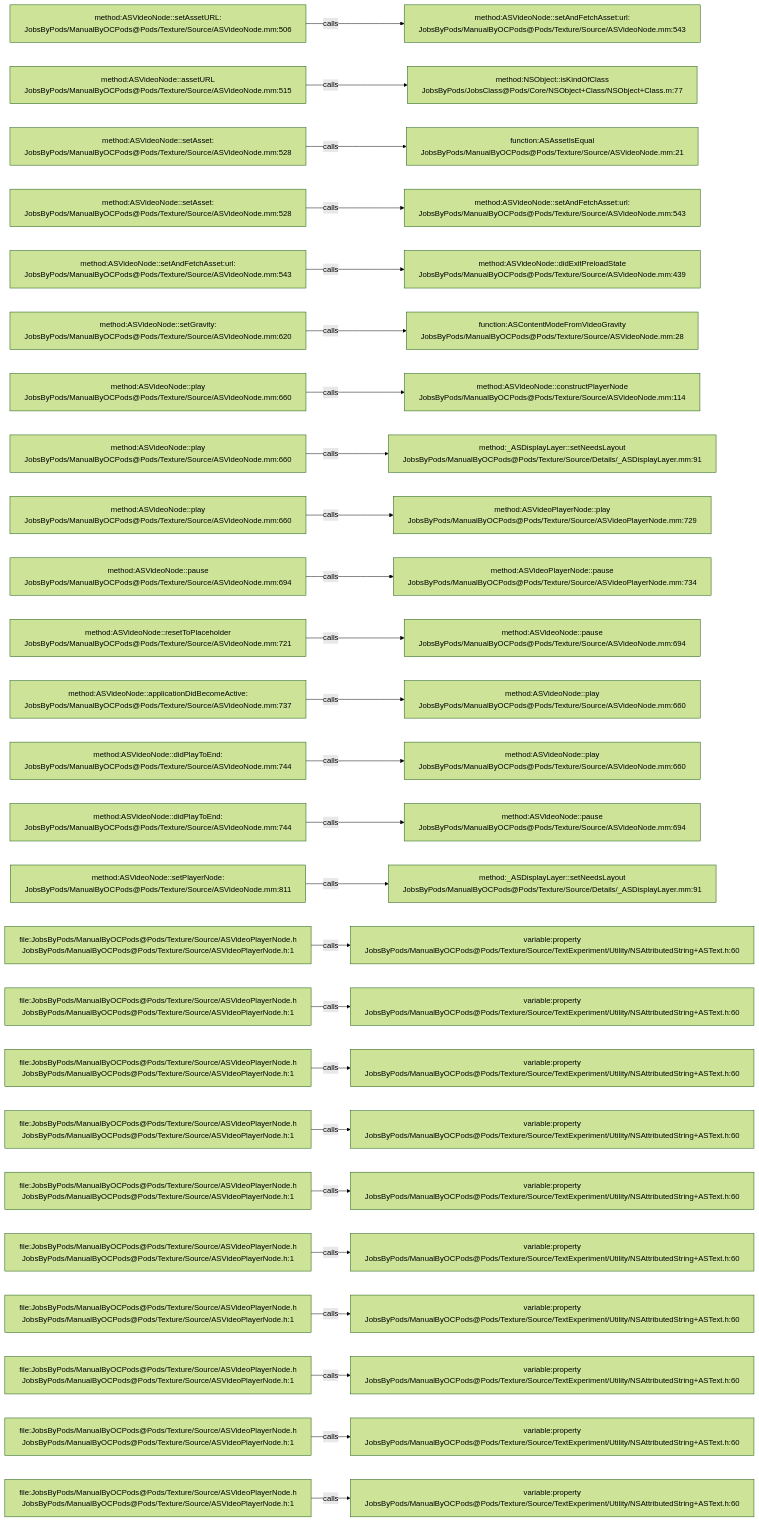
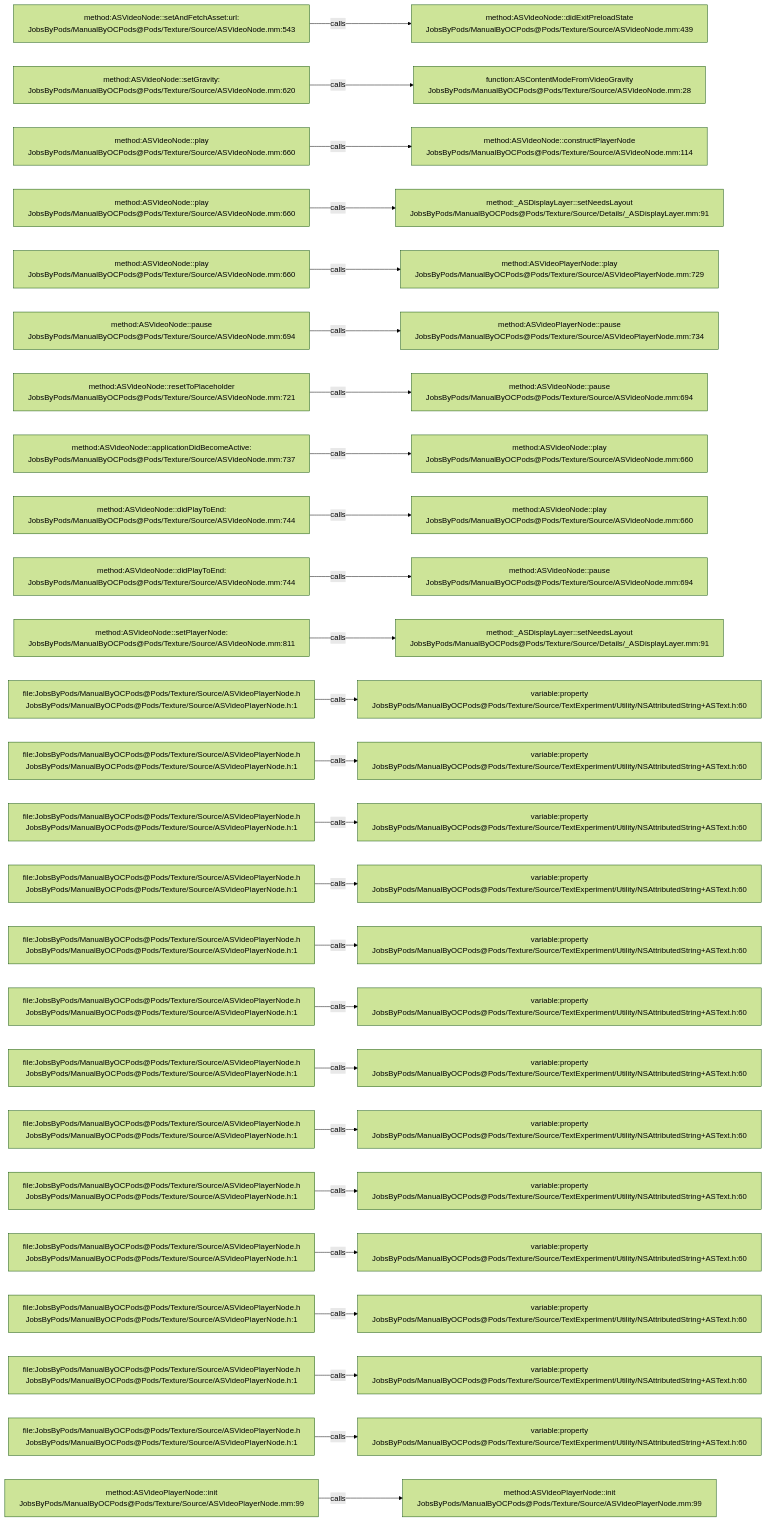
Before and after one commit to JobsKits/JobsOCBaseConfigDemo: the diagram in .codegraph/codegraph.md/graphs/calls-142.md, drawn with Mermaid (forest theme). The commit also changed 727 other files, not shown here.

````diff
--- a/.codegraph/codegraph.md/graphs/calls-142.md
+++ b/.codegraph/codegraph.md/graphs/calls-142.md
@@ -13,78 +13,78 @@
 ```mermaid
 flowchart LR
-  S1["method:ASVideoNode::setAssetURL:<br/>JobsByPods/ManualByOCPods@Pods/Texture/Source/ASVideoNode.mm:506"]
-  T1["method:ASVideoNode::setAndFetchAsset:url:<br/>JobsByPods/ManualByOCPods@Pods/Texture/Source/ASVideoNode.mm:543"]
+  S1["method:ASVideoNode::setAndFetchAsset:url:<br/>JobsByPods/ManualByOCPods@Pods/Texture/Source/ASVideoNode.mm:543"]
+  T1["method:ASVideoNode::didExitPreloadState<br/>JobsByPods/ManualByOCPods@Pods/Texture/Source/ASVideoNode.mm:439"]
   S1 -->|calls| T1
-  S2["method:ASVideoNode::assetURL<br/>JobsByPods/ManualByOCPods@Pods/Texture/Source/ASVideoNode.mm:515"]
-  T2["method:NSObject::isKindOfClass<br/>JobsByPods/JobsClass@Pods/Core/NSObject+Class/NSObject+Class.m:77"]
+  S2["method:ASVideoNode::setGravity:<br/>JobsByPods/ManualByOCPods@Pods/Texture/Source/ASVideoNode.mm:620"]
+  T2["function:ASContentModeFromVideoGravity<br/>JobsByPods/ManualByOCPods@Pods/Texture/Source/ASVideoNode.mm:28"]
   S2 -->|calls| T2
-  S3["method:ASVideoNode::setAsset:<br/>JobsByPods/ManualByOCPods@Pods/Texture/Source/ASVideoNode.mm:528"]
-  T3["function:ASAssetIsEqual<br/>JobsByPods/ManualByOCPods@Pods/Texture/Source/ASVideoNode.mm:21"]
+  S3["method:ASVideoNode::play<br/>JobsByPods/ManualByOCPods@Pods/Texture/Source/ASVideoNode.mm:660"]
+  T3["method:ASVideoNode::constructPlayerNode<br/>JobsByPods/ManualByOCPods@Pods/Texture/Source/ASVideoNode.mm:114"]
   S3 -->|calls| T3
-  S4["method:ASVideoNode::setAsset:<br/>JobsByPods/ManualByOCPods@Pods/Texture/Source/ASVideoNode.mm:528"]
-  T4["method:ASVideoNode::setAndFetchAsset:url:<br/>JobsByPods/ManualByOCPods@Pods/Texture/Source/ASVideoNode.mm:543"]
+  S4["method:ASVideoNode::play<br/>JobsByPods/ManualByOCPods@Pods/Texture/Source/ASVideoNode.mm:660"]
+  T4["method:_ASDisplayLayer::setNeedsLayout<br/>JobsByPods/ManualByOCPods@Pods/Texture/Source/Details/_ASDisplayLayer.mm:91"]
   S4 -->|calls| T4
-  S5["method:ASVideoNode::setAndFetchAsset:url:<br/>JobsByPods/ManualByOCPods@Pods/Texture/Source/ASVideoNode.mm:543"]
-  T5["method:ASVideoNode::didExitPreloadState<br/>JobsByPods/ManualByOCPods@Pods/Texture/Source/ASVideoNode.mm:439"]
+  S5["method:ASVideoNode::play<br/>JobsByPods/ManualByOCPods@Pods/Texture/Source/ASVideoNode.mm:660"]
+  T5["method:ASVideoPlayerNode::play<br/>JobsByPods/ManualByOCPods@Pods/Texture/Source/ASVideoPlayerNode.mm:729"]
   S5 -->|calls| T5
-  S6["method:ASVideoNode::setGravity:<br/>JobsByPods/ManualByOCPods@Pods/Texture/Source/ASVideoNode.mm:620"]
-  T6["function:ASContentModeFromVideoGravity<br/>JobsByPods/ManualByOCPods@Pods/Texture/Source/ASVideoNode.mm:28"]
+  S6["method:ASVideoNode::pause<br/>JobsByPods/ManualByOCPods@Pods/Texture/Source/ASVideoNode.mm:694"]
+  T6["method:ASVideoPlayerNode::pause<br/>JobsByPods/ManualByOCPods@Pods/Texture/Source/ASVideoPlayerNode.mm:734"]
   S6 -->|calls| T6
-  S7["method:ASVideoNode::play<br/>JobsByPods/ManualByOCPods@Pods/Texture/Source/ASVideoNode.mm:660"]
-  T7["method:ASVideoNode::constructPlayerNode<br/>JobsByPods/ManualByOCPods@Pods/Texture/Source/ASVideoNode.mm:114"]
+  S7["method:ASVideoNode::resetToPlaceholder<br/>JobsByPods/ManualByOCPods@Pods/Texture/Source/ASVideoNode.mm:721"]
+  T7["method:ASVideoNode::pause<br/>JobsByPods/ManualByOCPods@Pods/Texture/Source/ASVideoNode.mm:694"]
   S7 -->|calls| T7
-  S8["method:ASVideoNode::play<br/>JobsByPods/ManualByOCPods@Pods/Texture/Source/ASVideoNode.mm:660"]
-  T8["method:_ASDisplayLayer::setNeedsLayout<br/>JobsByPods/ManualByOCPods@Pods/Texture/Source/Details/_ASDisplayLayer.mm:91"]
+  S8["method:ASVideoNode::applicationDidBecomeActive:<br/>JobsByPods/ManualByOCPods@Pods/Texture/Source/ASVideoNode.mm:737"]
+  T8["method:ASVideoNode::play<br/>JobsByPods/ManualByOCPods@Pods/Texture/Source/ASVideoNode.mm:660"]
   S8 -->|calls| T8
-  S9["method:ASVideoNode::play<br/>JobsByPods/ManualByOCPods@Pods/Texture/Source/ASVideoNode.mm:660"]
-  T9["method:ASVideoPlayerNode::play<br/>JobsByPods/ManualByOCPods@Pods/Texture/Source/ASVideoPlayerNode.mm:729"]
+  S9["method:ASVideoNode::didPlayToEnd:<br/>JobsByPods/ManualByOCPods@Pods/Texture/Source/ASVideoNode.mm:744"]
+  T9["method:ASVideoNode::play<br/>JobsByPods/ManualByOCPods@Pods/Texture/Source/ASVideoNode.mm:660"]
   S9 -->|calls| T9
-  S10["method:ASVideoNode::pause<br/>JobsByPods/ManualByOCPods@Pods/Texture/Source/ASVideoNode.mm:694"]
-  T10["method:ASVideoPlayerNode::pause<br/>JobsByPods/ManualByOCPods@Pods/Texture/Source/ASVideoPlayerNode.mm:734"]
+  S10["method:ASVideoNode::didPlayToEnd:<br/>JobsByPods/ManualByOCPods@Pods/Texture/Source/ASVideoNode.mm:744"]
+  T10["method:ASVideoNode::pause<br/>JobsByPods/ManualByOCPods@Pods/Texture/Source/ASVideoNode.mm:694"]
   S10 -->|calls| T10
-  S11["method:ASVideoNode::resetToPlaceholder<br/>JobsByPods/ManualByOCPods@Pods/Texture/Source/ASVideoNode.mm:721"]
-  T11["method:ASVideoNode::pause<br/>JobsByPods/ManualByOCPods@Pods/Texture/Source/ASVideoNode.mm:694"]
+  S11["method:ASVideoNode::setPlayerNode:<br/>JobsByPods/ManualByOCPods@Pods/Texture/Source/ASVideoNode.mm:811"]
+  T11["method:_ASDisplayLayer::setNeedsLayout<br/>JobsByPods/ManualByOCPods@Pods/Texture/Source/Details/_ASDisplayLayer.mm:91"]
   S11 -->|calls| T11
-  S12["method:ASVideoNode::applicationDidBecomeActive:<br/>JobsByPods/ManualByOCPods@Pods/Texture/Source/ASVideoNode.mm:737"]
-  T12["method:ASVideoNode::play<br/>JobsByPods/ManualByOCPods@Pods/Texture/Source/ASVideoNode.mm:660"]
+  S12["file:JobsByPods/ManualByOCPods@Pods/Texture/Source/ASVideoPlayerNode.h<br/>JobsByPods/ManualByOCPods@Pods/Texture/Source/ASVideoPlayerNode.h:1"]
+  T12["variable:property<br/>JobsByPods/ManualByOCPods@Pods/Texture/Source/TextExperiment/Utility/NSAttributedString+ASText.h:60"]
   S12 -->|calls| T12
-  S13["method:ASVideoNode::didPlayToEnd:<br/>JobsByPods/ManualByOCPods@Pods/Texture/Source/ASVideoNode.mm:744"]
-  T13["method:ASVideoNode::play<br/>JobsByPods/ManualByOCPods@Pods/Texture/Source/ASVideoNode.mm:660"]
+  S13["file:JobsByPods/ManualByOCPods@Pods/Texture/Source/ASVideoPlayerNode.h<br/>JobsByPods/ManualByOCPods@Pods/Texture/Source/ASVideoPlayerNode.h:1"]
+  T13["variable:property<br/>JobsByPods/ManualByOCPods@Pods/Texture/Source/TextExperiment/Utility/NSAttributedString+ASText.h:60"]
   S13 -->|calls| T13
-  S14["method:ASVideoNode::didPlayToEnd:<br/>JobsByPods/ManualByOCPods@Pods/Texture/Source/ASVideoNode.mm:744"]
-  T14["method:ASVideoNode::pause<br/>JobsByPods/ManualByOCPods@Pods/Texture/Source/ASVideoNode.mm:694"]
+  S14["file:JobsByPods/ManualByOCPods@Pods/Texture/Source/ASVideoPlayerNode.h<br/>JobsByPods/ManualByOCPods@Pods/Texture/Source/ASVideoPlayerNode.h:1"]
+  T14["variable:property<br/>JobsByPods/ManualByOCPods@Pods/Texture/Source/TextExperiment/Utility/NSAttributedString+ASText.h:60"]
   S14 -->|calls| T14
-  S15["method:ASVideoNode::setPlayerNode:<br/>JobsByPods/ManualByOCPods@Pods/Texture/Source/ASVideoNode.mm:811"]
-  T15["method:_ASDisplayLayer::setNeedsLayout<br/>JobsByPods/ManualByOCPods@Pods/Texture/Source/Details/_ASDisplayLayer.mm:91"]
+  S15["file:JobsByPods/ManualByOCPods@Pods/Texture/Source/ASVideoPlayerNode.h<br/>JobsByPods/ManualByOCPods@Pods/Texture/Source/ASVideoPlayerNode.h:1"]
+  T15["variable:property<br/>JobsByPods/ManualByOCPods@Pods/Texture/Source/TextExperiment/Utility/NSAttributedString+ASText.h:60"]
   S15 -->|calls| T15
   S16["file:JobsByPods/ManualByOCPods@Pods/Texture/Source/ASVideoPlayerNode.h<br/>JobsByPods/ManualByOCPods@Pods/Texture/Source/ASVideoPlayerNode.h:1"]
   T16["variable:property<br/>JobsByPods/ManualByOCPods@Pods/Texture/Source/TextExperiment/Utility/NSAttributedString+ASText.h:60"]
   S16 -->|calls| T16
   S17["file:JobsByPods/ManualByOCPods@Pods/Texture/Source/ASVideoPlayerNode.h<br/>JobsByPods/ManualByOCPods@Pods/Texture/Source/ASVideoPlayerNode.h:1"]
   T17["variable:property<br/>JobsByPods/ManualByOCPods@Pods/Texture/Source/TextExperiment/Utility/NSAttributedString+ASText.h:60"]
   S17 -->|calls| T17
   S18["file:JobsByPods/ManualByOCPods@Pods/Texture/Source/ASVideoPlayerNode.h<br/>JobsByPods/ManualByOCPods@Pods/Texture/Source/ASVideoPlayerNode.h:1"]
   T18["variable:property<br/>JobsByPods/ManualByOCPods@Pods/Texture/Source/TextExperiment/Utility/NSAttributedString+ASText.h:60"]
   S18 -->|calls| T18
   S19["file:JobsByPods/ManualByOCPods@Pods/Texture/Source/ASVideoPlayerNode.h<br/>JobsByPods/ManualByOCPods@Pods/Texture/Source/ASVideoPlayerNode.h:1"]
   T19["variable:property<br/>JobsByPods/ManualByOCPods@Pods/Texture/Source/TextExperiment/Utility/NSAttributedString+ASText.h:60"]
   S19 -->|calls| T19
   S20["file:JobsByPods/ManualByOCPods@Pods/Texture/Source/ASVideoPlayerNode.h<br/>JobsByPods/ManualByOCPods@Pods/Texture/Source/ASVideoPlayerNode.h:1"]
   T20["variable:property<br/>JobsByPods/ManualByOCPods@Pods/Texture/Source/TextExperiment/Utility/NSAttributedString+ASText.h:60"]
   S20 -->|calls| T20
   S21["file:JobsByPods/ManualByOCPods@Pods/Texture/Source/ASVideoPlayerNode.h<br/>JobsByPods/ManualByOCPods@Pods/Texture/Source/ASVideoPlayerNode.h:1"]
   T21["variable:property<br/>JobsByPods/ManualByOCPods@Pods/Texture/Source/TextExperiment/Utility/NSAttributedString+ASText.h:60"]
   S21 -->|calls| T21
   S22["file:JobsByPods/ManualByOCPods@Pods/Texture/Source/ASVideoPlayerNode.h<br/>JobsByPods/ManualByOCPods@Pods/Texture/Source/ASVideoPlayerNode.h:1"]
   T22["variable:property<br/>JobsByPods/ManualByOCPods@Pods/Texture/Source/TextExperiment/Utility/NSAttributedString+ASText.h:60"]
   S22 -->|calls| T22
   S23["file:JobsByPods/ManualByOCPods@Pods/Texture/Source/ASVideoPlayerNode.h<br/>JobsByPods/ManualByOCPods@Pods/Texture/Source/ASVideoPlayerNode.h:1"]
   T23["variable:property<br/>JobsByPods/ManualByOCPods@Pods/Texture/Source/TextExperiment/Utility/NSAttributedString+ASText.h:60"]
   S23 -->|calls| T23
   S24["file:JobsByPods/ManualByOCPods@Pods/Texture/Source/ASVideoPlayerNode.h<br/>JobsByPods/ManualByOCPods@Pods/Texture/Source/ASVideoPlayerNode.h:1"]
   T24["variable:property<br/>JobsByPods/ManualByOCPods@Pods/Texture/Source/TextExperiment/Utility/NSAttributedString+ASText.h:60"]
   S24 -->|calls| T24
-  S25["file:JobsByPods/ManualByOCPods@Pods/Texture/Source/ASVideoPlayerNode.h<br/>JobsByPods/ManualByOCPods@Pods/Texture/Source/ASVideoPlayerNode.h:1"]
-  T25["variable:property<br/>JobsByPods/ManualByOCPods@Pods/Texture/Source/TextExperiment/Utility/NSAttributedString+ASText.h:60"]
+  S25["method:ASVideoPlayerNode::init<br/>JobsByPods/ManualByOCPods@Pods/Texture/Source/ASVideoPlayerNode.mm:99"]
+  T25["method:ASVideoPlayerNode::init<br/>JobsByPods/ManualByOCPods@Pods/Texture/Source/ASVideoPlayerNode.mm:99"]
   S25 -->|calls| T25
 ```
````
